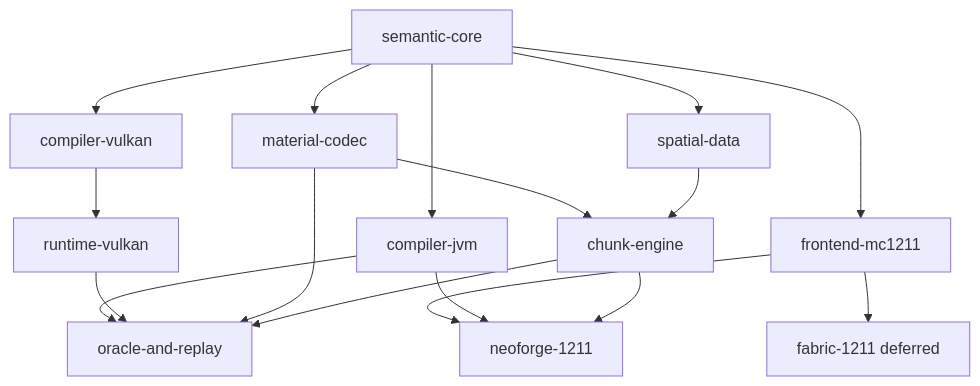
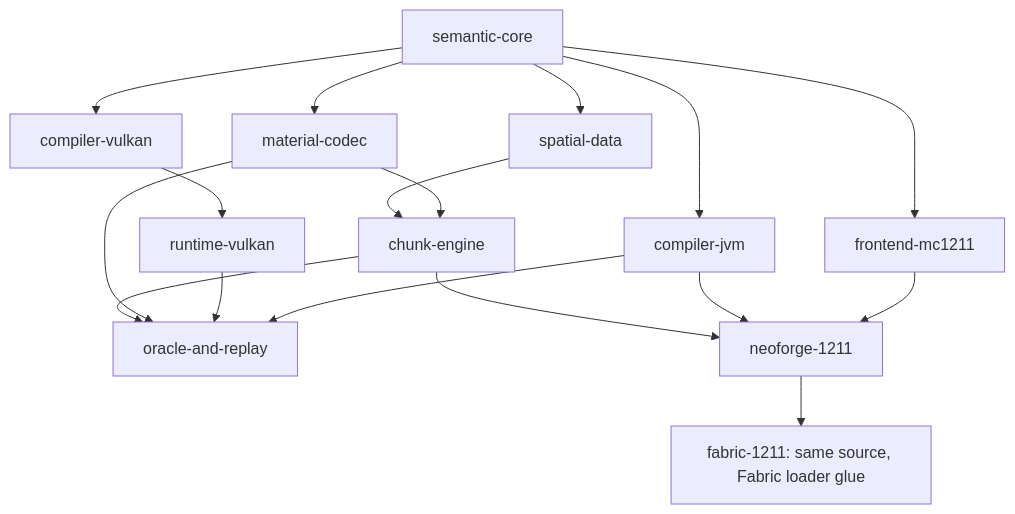
The diagram in docs/ARCHITECTURE.md (Miningmanias/Tellurium), drawn with Mermaid before and after one commit. The commit also changed 39 other files, not shown here.

````diff
--- a/docs/ARCHITECTURE.md
+++ b/docs/ARCHITECTURE.md
@@ -7,19 +7,19 @@
 ```mermaid
 flowchart TD
   semantic[semantic-core] --> cpu[compiler-jvm]
   semantic --> glsl[compiler-vulkan]
   semantic --> frontend[frontend-mc1211]
   semantic --> material[material-codec]
   semantic --> spatial[spatial-data]
   material --> engine[chunk-engine]
   spatial --> engine
   glsl --> native[runtime-vulkan]
   cpu --> replay[oracle-and-replay]
   native --> replay
   material --> replay
   engine --> replay
   frontend --> neo[neoforge-1211]
   cpu --> neo
   engine --> neo
-  frontend --> fabric[fabric-1211 deferred]
+  neo --> fabric[fabric-1211: same source, Fabric loader glue]
 ```
````
